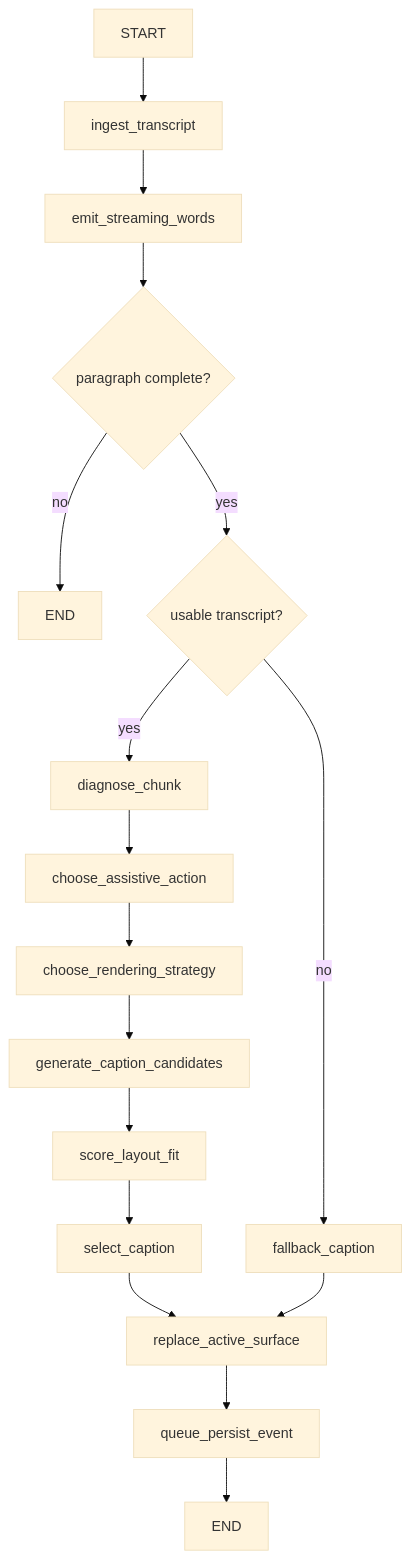
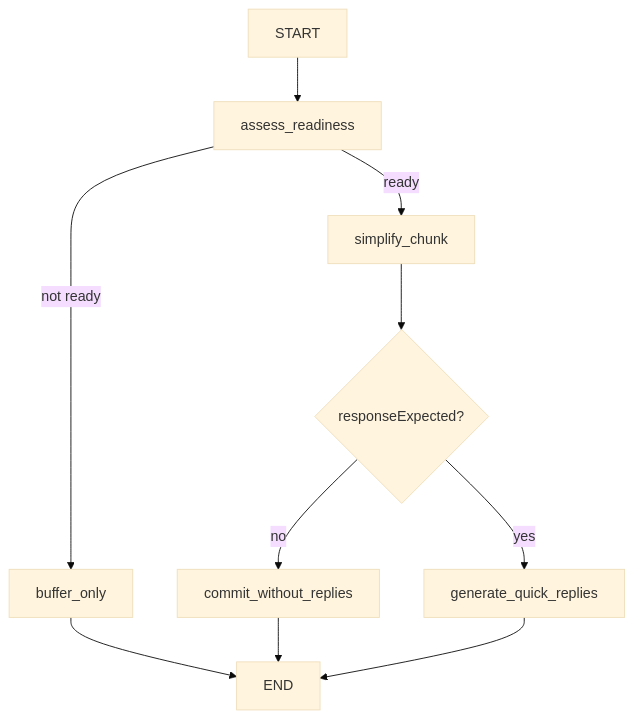
The third of 5 diagrams in docs/tech/TECHNICAL_ARCHITECTURE.md (gksoriginals/Project-Vera), drawn with Mermaid (base theme) before and after one commit. The commit also changed other lines of this file and 5 other files, not shown here.

````diff
--- a/docs/tech/TECHNICAL_ARCHITECTURE.md
+++ b/docs/tech/TECHNICAL_ARCHITECTURE.md
@@ -209,19 +204,12 @@
 ```mermaid
 flowchart TD
-    START["START"] --> INGEST["ingest_transcript"]
-    INGEST --> STREAM["emit_streaming_words"]
-    STREAM --> BOUNDARY{"paragraph complete?"}
-    BOUNDARY -->|no| ENDLIVE["END"]
-    BOUNDARY -->|yes| QUALITY{"usable transcript?"}
-    QUALITY -->|no| FALLBACK["fallback_caption"]
-    QUALITY -->|yes| DIAGNOSE["diagnose_chunk"]
-    DIAGNOSE --> ACTION["choose_assistive_action"]
-    ACTION --> STRATEGY["choose_rendering_strategy"]
-    STRATEGY --> CANDIDATES["generate_caption_candidates"]
-    CANDIDATES --> SCORE["score_layout_fit"]
-    SCORE --> SELECT["select_caption"]
-    SELECT --> EMIT["replace_active_surface"]
-    EMIT --> PERSIST["queue_persist_event"]
-    FALLBACK --> EMIT
-    PERSIST --> END["END"]
+    START["START"] --> READY["assess_readiness"]
+    READY -->|not ready| BUFFER["buffer_only"]
+    READY -->|ready| SIMPLIFY["simplify_chunk"]
+    SIMPLIFY --> RESP{"responseExpected?"}
+    RESP -->|no| COMMIT["commit_without_replies"]
+    RESP -->|yes| REPLIES["generate_quick_replies"]
+    BUFFER --> END["END"]
+    COMMIT --> END
+    REPLIES --> END
 ```
````
